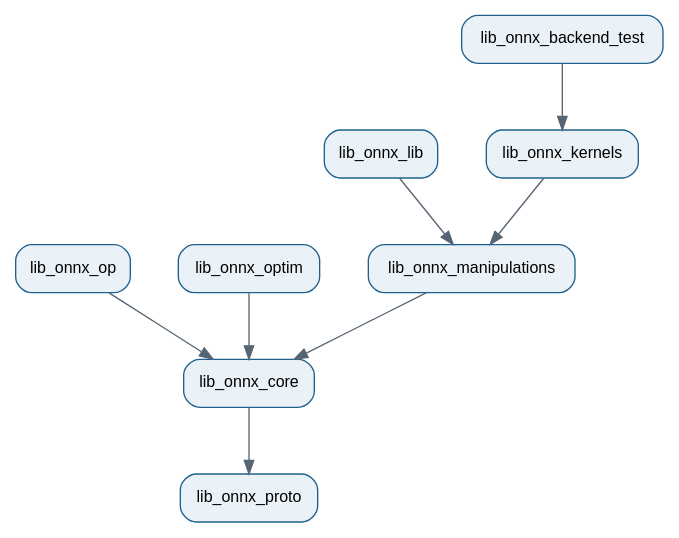
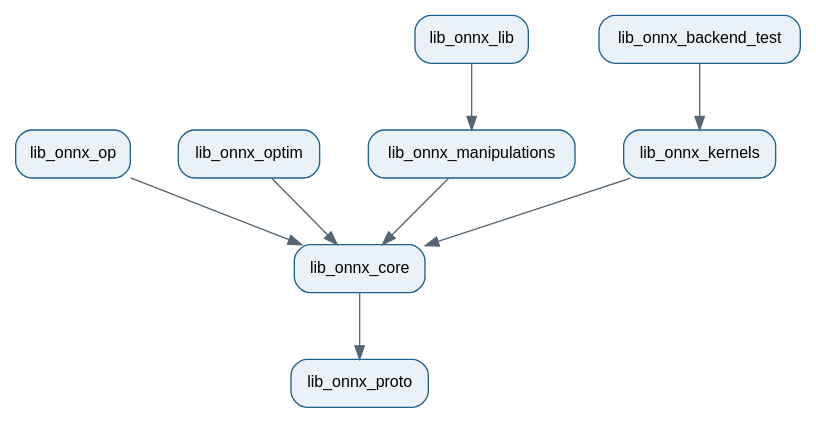
One commit to xadupre/onnx-light changed the diagram in docs/design/_static/library_split.dot. Above: the diagram before and after it, drawn with Graphviz. The commit also changed 8 other files, not shown here.

Commit message:
feat: move graph_manipulations to onnx_core; lib_onnx_kernels depends on lib_onnx_core

```diff
--- a/docs/design/_static/library_split.dot
+++ b/docs/design/_static/library_split.dot
@@ -1,15 +1,15 @@
 digraph library_split {
     rankdir=TB;
     nodesep=0.5;
     ranksep=0.7;
     node [shape=box, style="rounded,filled", fillcolor="#EAF2F8", fontname="Helvetica", fontsize=12, color="#1F618D"];
     edge [fontname="Helvetica", fontsize=10, color="#566573"];
 
     lib_onnx_core -> lib_onnx_proto;
     lib_onnx_op -> lib_onnx_core;
     lib_onnx_optim -> lib_onnx_core;
     lib_onnx_manipulations -> lib_onnx_core;
+    lib_onnx_kernels -> lib_onnx_core;
     lib_onnx_lib -> lib_onnx_manipulations;
-    lib_onnx_kernels -> lib_onnx_manipulations;
     lib_onnx_backend_test -> lib_onnx_kernels;
 }
```
